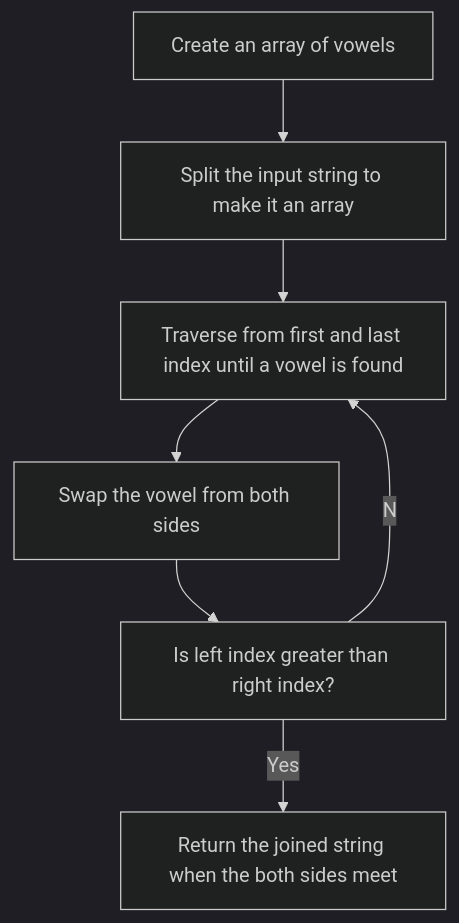
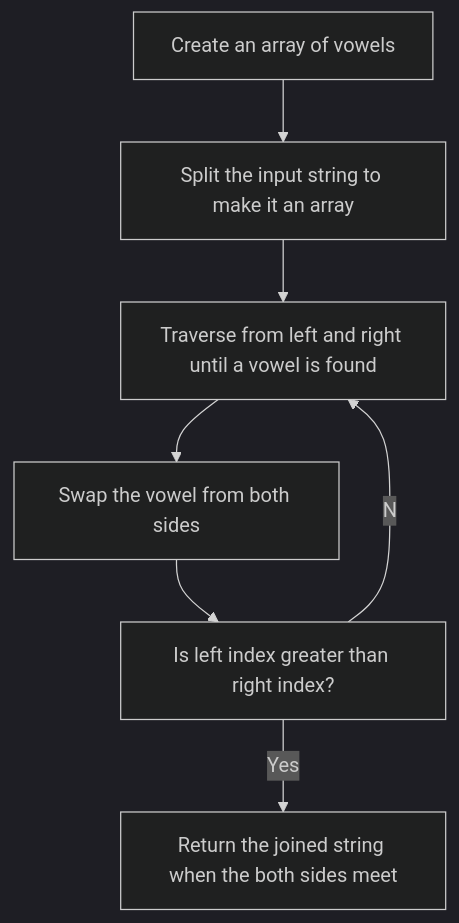
The diagram in Warmup/Reverse Vowels/README.md (damarbm30/competitive-programming), drawn with Mermaid (dark theme) before and after one commit.

````diff
--- a/Warmup/Reverse Vowels/README.md
+++ b/Warmup/Reverse Vowels/README.md
@@ -5,10 +5,10 @@
 ```mermaid
 graph TB;
     A[Create an array of vowels]-->B[Split the input string to make it an array];
-    B-->C[Traverse from first and last index until a vowel is found];
+    B-->C[Traverse from left and right until a vowel is found];
     C-->D[Swap the vowel from both sides];
     D-->E[Is left index greater than right index?];
     E--Yes-->F[Return the joined string when the both sides meet];
     E--No-->C
    
 ```
````
